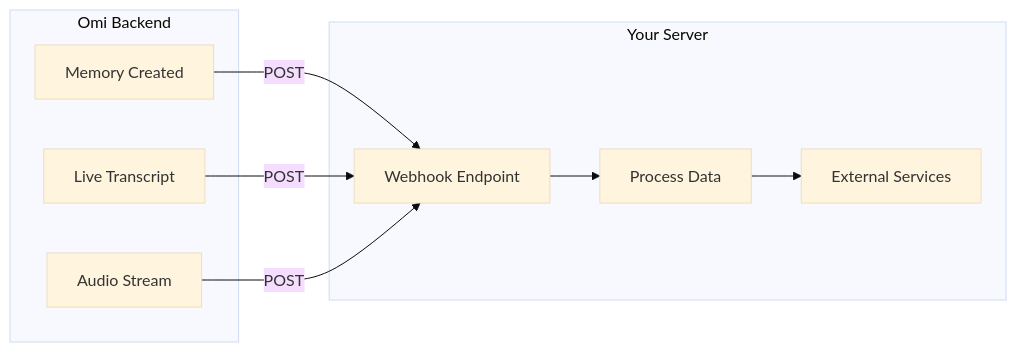
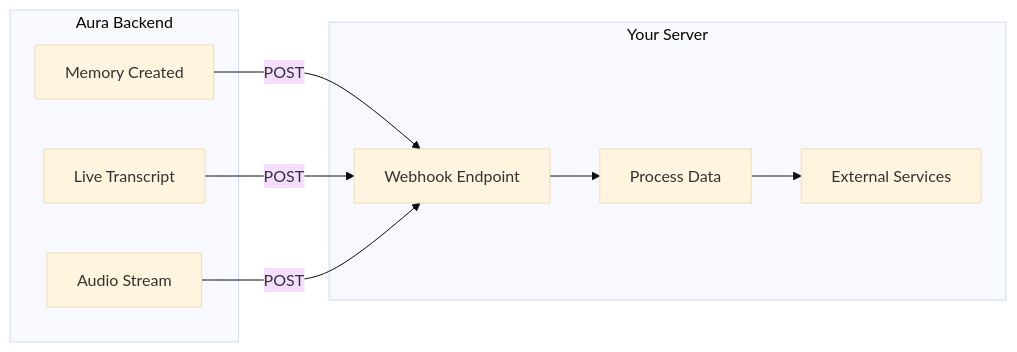
The diagram in docs/doc/developer/apps/Integrations.mdx (thesohamdatta/Aura-Wearable-AI), drawn with Mermaid (base theme) before and after one commit. The commit also changed other lines of this file and 161 other files, not shown here.

Commit message:
chore: sanitize Omi branding to Aura across repository

````diff
--- a/docs/doc/developer/apps/Integrations.mdx
+++ b/docs/doc/developer/apps/Integrations.mdx
@@ -22,20 +22,20 @@
 ```mermaid
 flowchart LR
-    subgraph Omi["Omi Backend"]
+    subgraph Aura["Aura Backend"]
         M[Memory Created]
         T[Live Transcript]
         A[Audio Stream]
     end
 
     subgraph Your["Your Server"]
         W[Webhook Endpoint]
         P[Process Data]
         E[External Services]
     end
 
     M -->|POST| W
     T -->|POST| W
     A -->|POST| W
     W --> P
     P --> E
 ```
````
